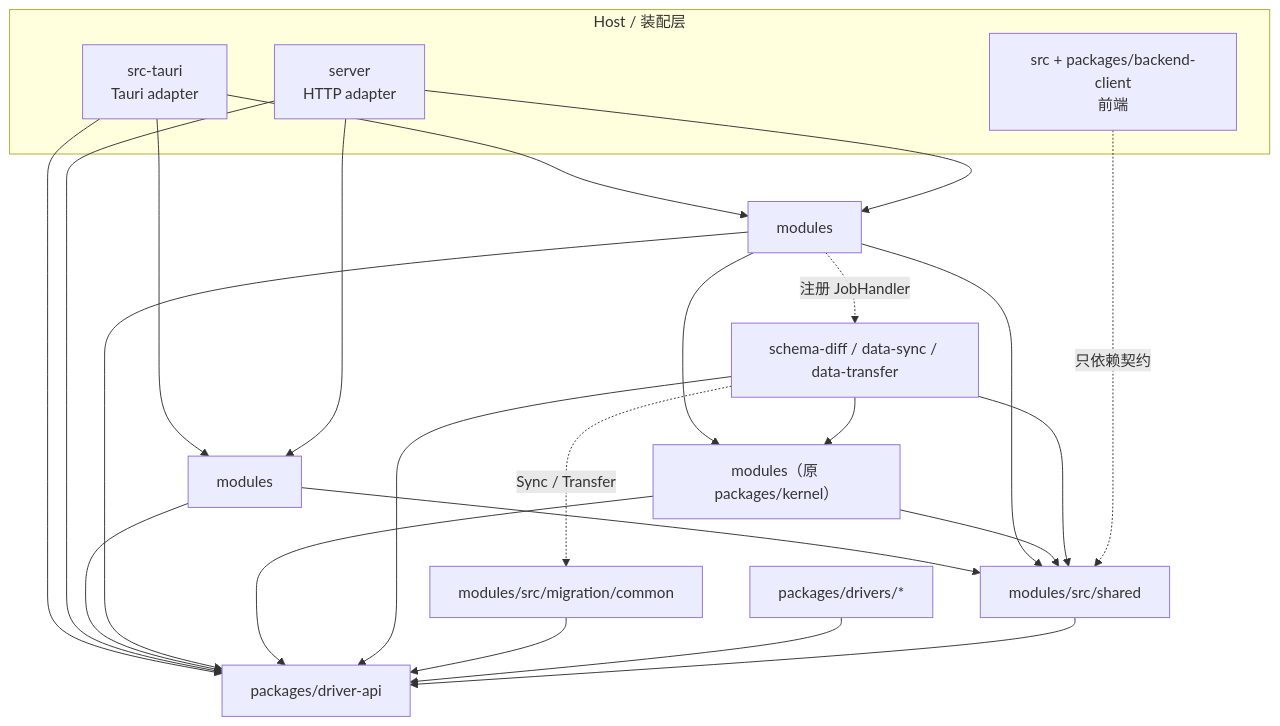
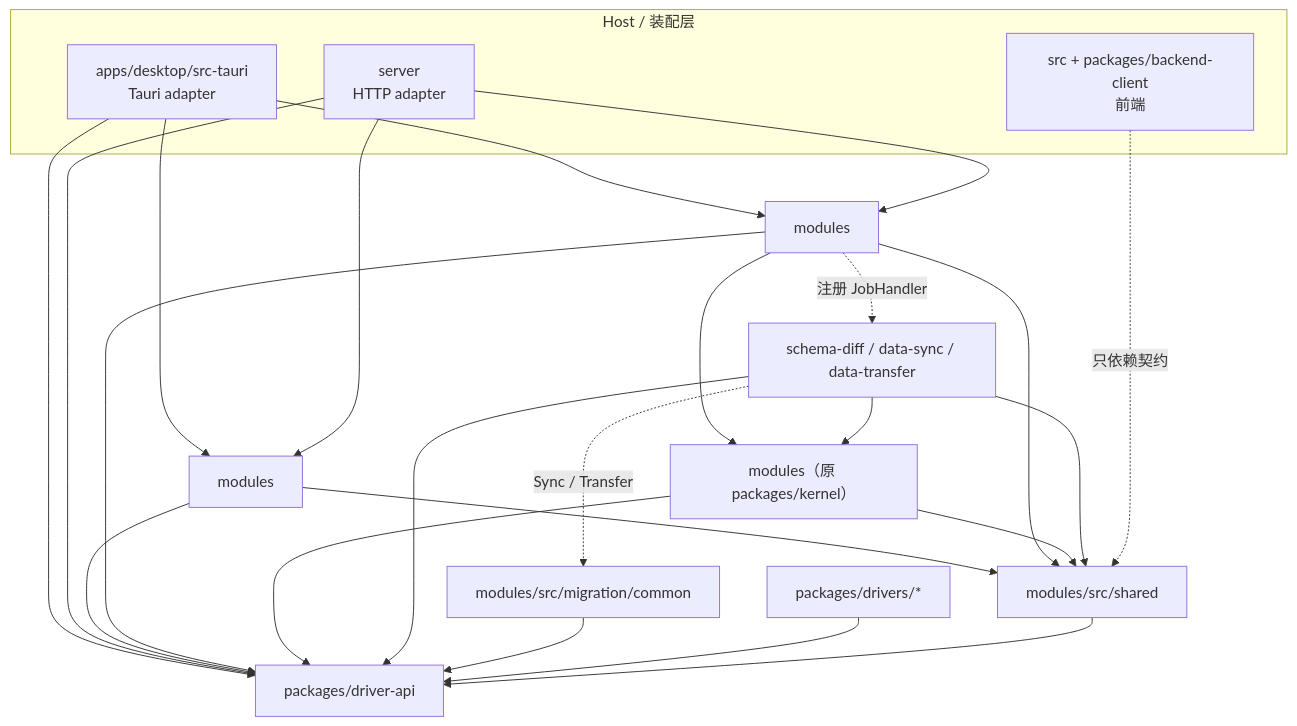
Before and after one commit to flyxl/datazen: the first of 4 diagrams in docs/architecture/platform/shared-boundaries-and-ports.md, drawn with Mermaid. The commit also changed other lines of this file and 44 other files, not shown here.

````diff
--- a/docs/architecture/platform/shared-boundaries-and-ports.md
+++ b/docs/architecture/platform/shared-boundaries-and-ports.md
@@ -121,39 +121,39 @@
 ```mermaid
 flowchart TD
     subgraph host[Host / 装配层]
-        TA[src-tauri<br/>Tauri adapter]
+        TA[apps/desktop/src-tauri<br/>Tauri adapter]
         SRV[server<br/>HTTP adapter]
         FE[src + packages/backend-client<br/>前端]
     end
     APP[modules]
     RT[modules]
     KER[modules（原 packages/kernel）]
     PA[modules/src/shared]
     DAPI[packages/driver-api]
     DOM[schema-diff / data-sync / data-transfer]
     MC[modules/src/migration/common]
     DRV[packages/drivers/*]
 
     TA --> APP
     TA --> RT
     TA --> DAPI
     SRV --> APP
     SRV --> RT
     SRV --> DAPI
     APP --> PA
     APP --> DAPI
     RT --> PA
     RT --> DAPI
     RT --> KER
     KER --> PA
     KER --> DAPI
     DOM --> KER
     RT -.注册 JobHandler.-> DOM
     DOM --> PA
     DOM --> DAPI
     DOM -.Sync / Transfer.-> MC
     MC --> DAPI
     DRV --> DAPI
     PA --> DAPI
     FE -.只依赖契约.-> PA
 ```
````
